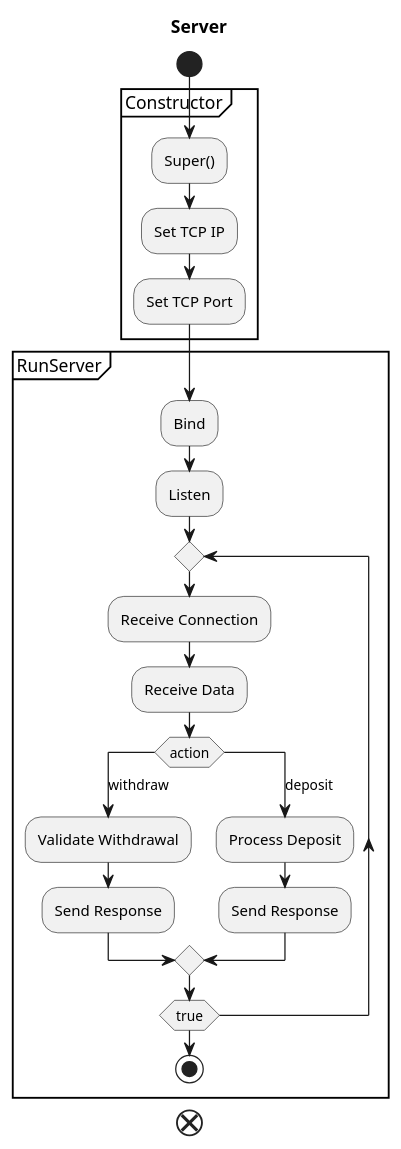
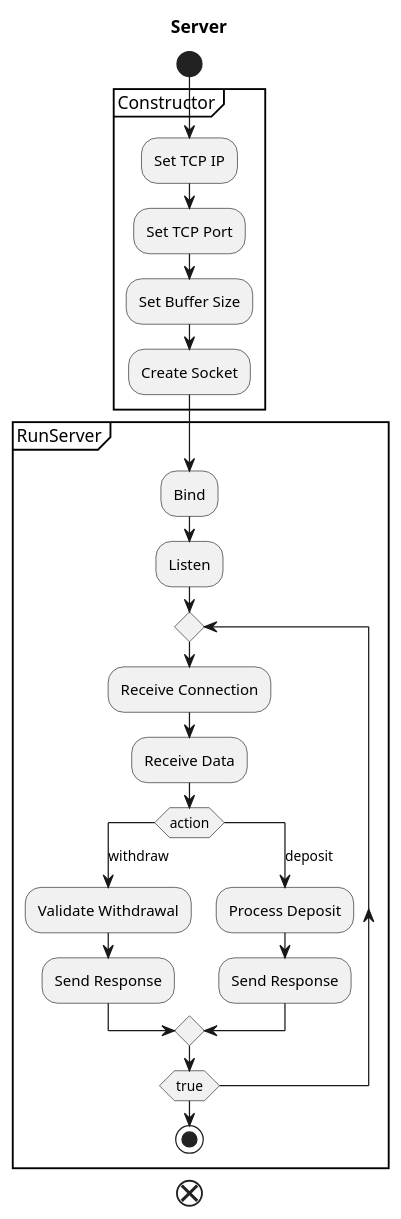
One commit to Andre-Grassi/mini_blockchain changed the diagram in docs/uml/server/activity_diagram.puml. Above: the diagram before and after it, drawn with PlantUML. The commit also changed 1 other file, not shown here.

```diff
--- a/docs/uml/server/activity_diagram.puml
+++ b/docs/uml/server/activity_diagram.puml
@@ -1,27 +1,28 @@
 @startuml Activity Diagram
 title Server
 start
 partition Constructor {
-    :Super();
     :Set TCP IP;
     :Set TCP Port;
+    :Set Buffer Size;
+    :Create Socket;
 }
 partition RunServer {
     :Bind;
     :Listen;
     repeat
         :Receive Connection;
         :Receive Data;
         switch (action)
         case (withdraw) 
             :Validate Withdrawal;
             :Send Response;
         case (deposit) 
             :Process Deposit;
             :Send Response;
         endswitch
     repeat while(true)
     stop
 }
 end
 @enduml
```
